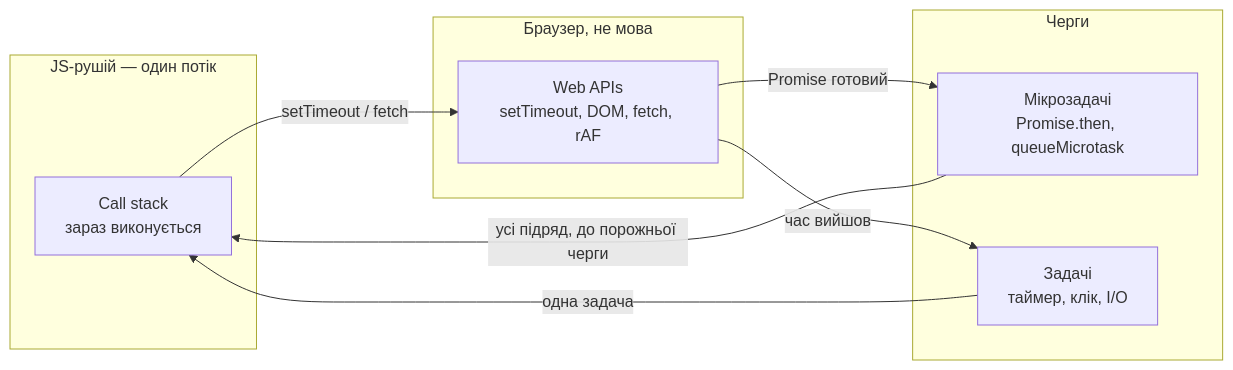
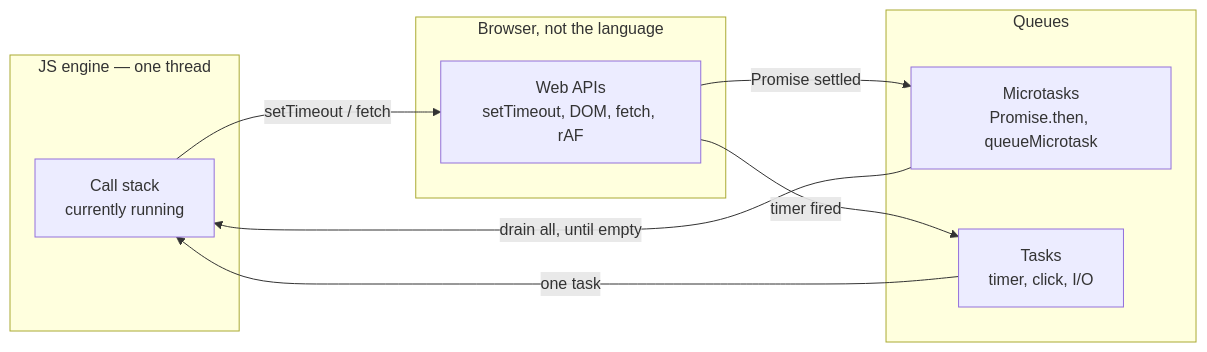
Before and after one commit to ReallyPablo/Programming-Practice-Projects: the first of 4 diagrams in courses/javascript/lab-01-event-loop-and-game-loop.notes.md, drawn with Mermaid. The commit also changed other lines of this file and 7 other files, not shown here.

First line of the commit message:
Add English mermaid diagrams across JS lab notes.

````diff
--- a/courses/javascript/lab-01-event-loop-and-game-loop.notes.md
+++ b/courses/javascript/lab-01-event-loop-and-game-loop.notes.md
@@ -32,18 +32,18 @@
 ```mermaid
 flowchart LR
-  subgraph engine ["JS-рушій — один потік"]
-    Stack["Call stack<br/>зараз виконується"]
+  subgraph engine ["JS engine — one thread"]
+    Stack["Call stack<br/>currently running"]
   end
-  subgraph host ["Браузер, не мова"]
+  subgraph host ["Browser, not the language"]
     APIs["Web APIs<br/>setTimeout, DOM, fetch, rAF"]
   end
-  subgraph queues ["Черги"]
-    Micro["Мікрозадачі<br/>Promise.then, queueMicrotask"]
-    Macro["Задачі<br/>таймер, клік, I/O"]
+  subgraph queues ["Queues"]
+    Micro["Microtasks<br/>Promise.then, queueMicrotask"]
+    Macro["Tasks<br/>timer, click, I/O"]
   end
   Stack -->|"setTimeout / fetch"| APIs
-  APIs -->|"час вийшов"| Macro
-  APIs -->|"Promise готовий"| Micro
-  Macro -->|"одна задача"| Stack
-  Micro -->|"усі підряд, до порожньої черги"| Stack
+  APIs -->|"timer fired"| Macro
+  APIs -->|"Promise settled"| Micro
+  Macro -->|"one task"| Stack
+  Micro -->|"drain all, until empty"| Stack
 ```
````
